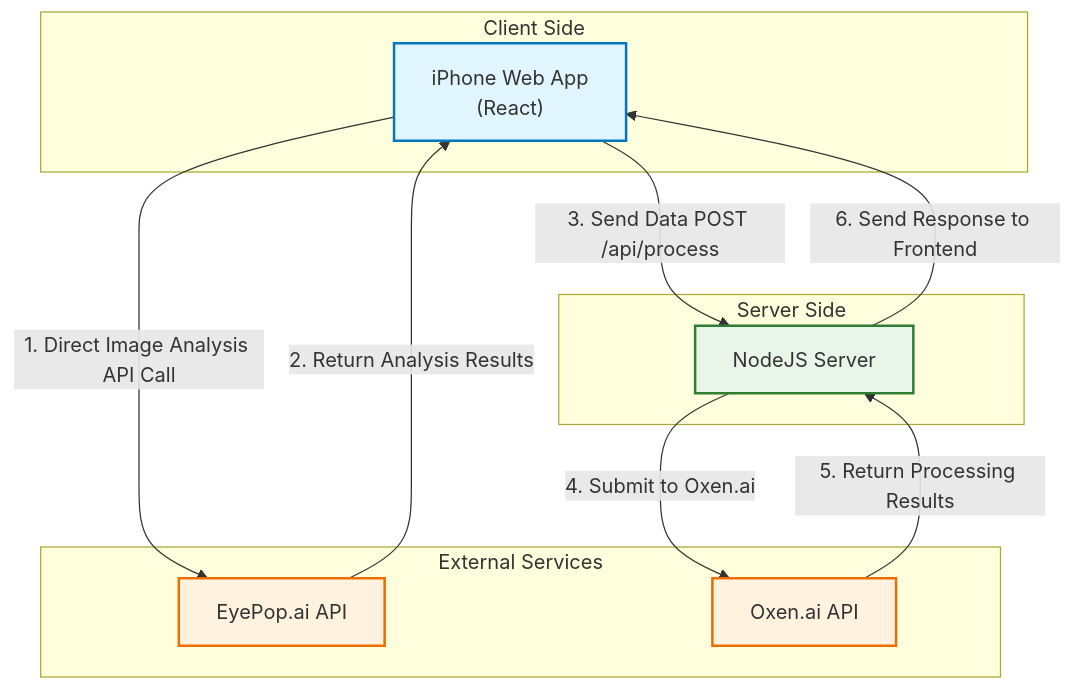
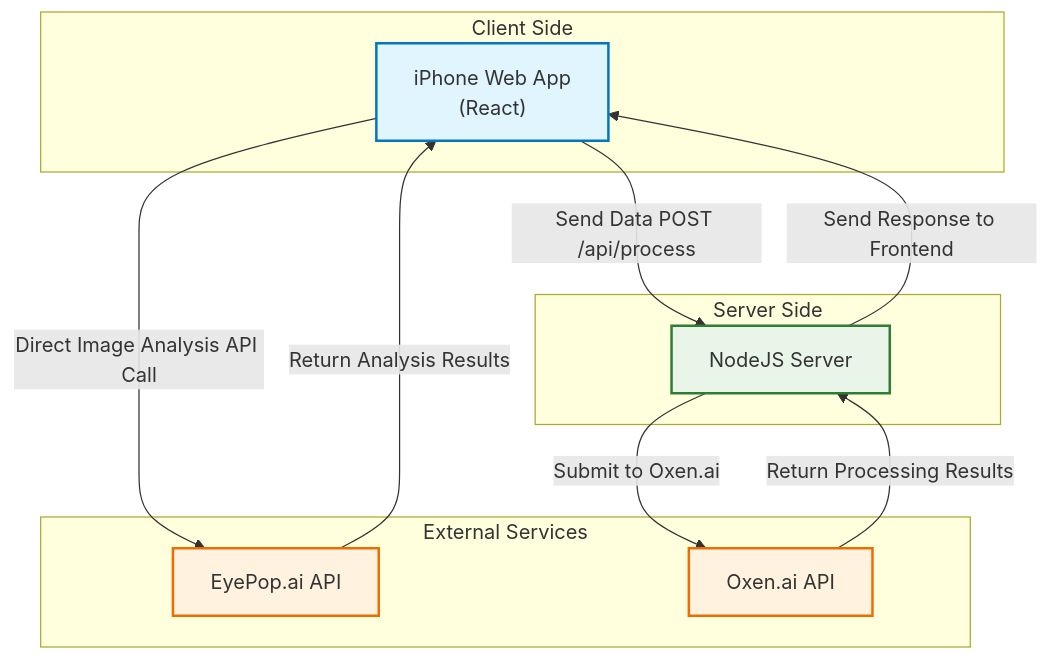
The diagram in Documentation/Architecture/Architecture/Resources/SystemFlow.md (MaximeBoulat/hackfrontier_project), drawn with Mermaid before and after one commit.

````diff
--- a/Documentation/Architecture/Architecture/Resources/SystemFlow.md
+++ b/Documentation/Architecture/Architecture/Resources/SystemFlow.md
@@ -2,38 +2,38 @@
 ```mermaid
 
 flowchart TD
 
     iPhone["iPhone Web App<br/>(React)"]
     NodeJS["NodeJS Server"]
     Eyepop["EyePop.ai API"]
     Oxen["Oxen.ai API"]
 
     subgraph Client["Client Side"]
         iPhone
     end
 
     subgraph Server["Server Side"]
         NodeJS
     end
 
     subgraph ExternalServices["External Services"]
         Eyepop
         Oxen
     end
 
-    iPhone --> |"1. Direct Image Analysis API Call"| Eyepop
-    Eyepop --> |"2. Return Analysis Results"| iPhone
-    iPhone --> |"3. Send Data POST /api/process"| NodeJS
-    NodeJS --> |"4. Submit to Oxen.ai"| Oxen
-    Oxen --> |"5. Return Processing Results"| NodeJS
-    NodeJS --> |"6. Send Response to Frontend"| iPhone
+    iPhone --> |"Direct Image Analysis API Call"| Eyepop
+    Eyepop --> |"Return Analysis Results"| iPhone
+    iPhone --> |"Send Data POST /api/process"| NodeJS
+    NodeJS --> |"Submit to Oxen.ai"| Oxen
+    Oxen --> |"Return Processing Results"| NodeJS
+    NodeJS --> |"Send Response to Frontend"| iPhone
 
     classDef clientBox fill:#e1f5fe,stroke:#0277bd,stroke-width:2px
     classDef serverBox fill:#e8f5e8,stroke:#2e7d32,stroke-width:2px
     classDef externalBox fill:#fff3e0,stroke:#ef6c00,stroke-width:2px
 
     class iPhone clientBox
     class NodeJS serverBox
     class Eyepop,Oxen externalBox
     
 ``` 
````
